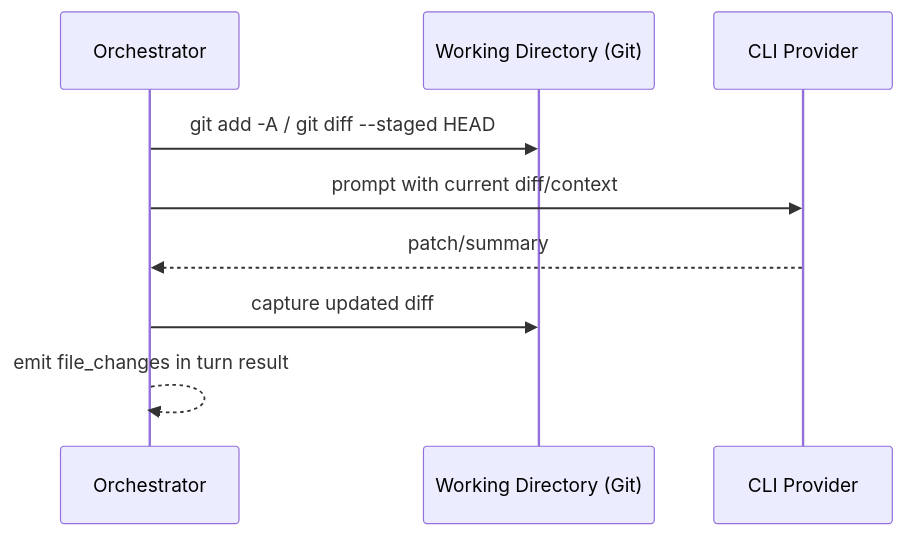
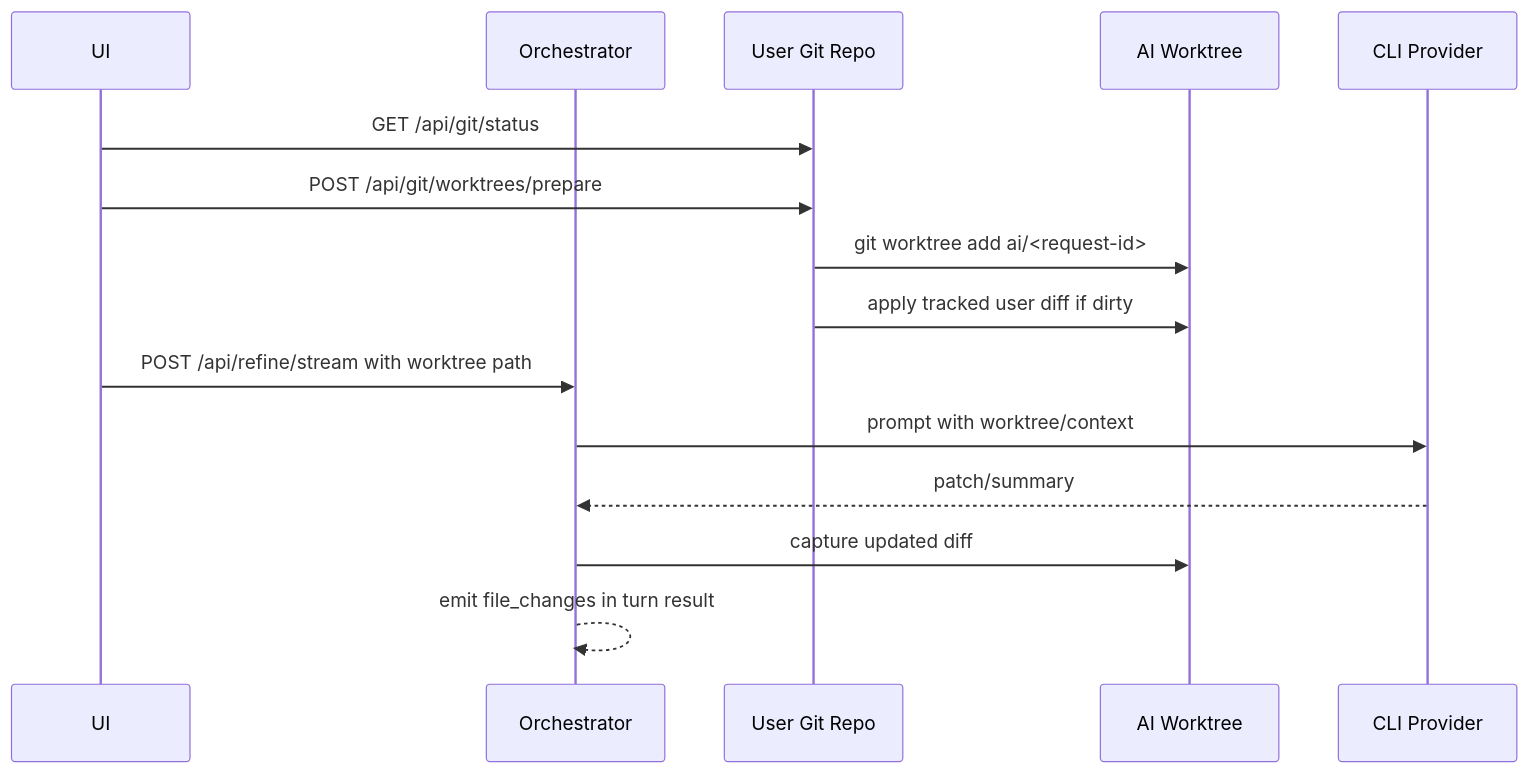
Before and after one commit to doegadoega/LangChain: the sixth of 6 diagrams in docs/specs/v2-system.md, drawn with Mermaid. The commit also changed other lines of this file and 31 other files, not shown here.

````diff
--- a/docs/specs/v2-system.md
+++ b/docs/specs/v2-system.md
@@ -256,12 +256,18 @@
 ```mermaid
 sequenceDiagram
+  participant UI
   participant Orchestrator
-  participant GitRepo as Working Directory (Git)
+  participant GitRepo as User Git Repo
+  participant Worktree as AI Worktree
   participant Provider as CLI Provider
 
-  Orchestrator->>GitRepo: git add -A / git diff --staged HEAD
-  Orchestrator->>Provider: prompt with current diff/context
+  UI->>GitRepo: GET /api/git/status
+  UI->>GitRepo: POST /api/git/worktrees/prepare
+  GitRepo->>Worktree: git worktree add ai/<request-id>
+  GitRepo->>Worktree: apply tracked user diff if dirty
+  UI->>Orchestrator: POST /api/refine/stream with worktree path
+  Orchestrator->>Provider: prompt with worktree/context
   Provider-->>Orchestrator: patch/summary
-  Orchestrator->>GitRepo: capture updated diff
+  Orchestrator->>Worktree: capture updated diff
   Orchestrator-->>Orchestrator: emit file_changes in turn result
 ```
````
